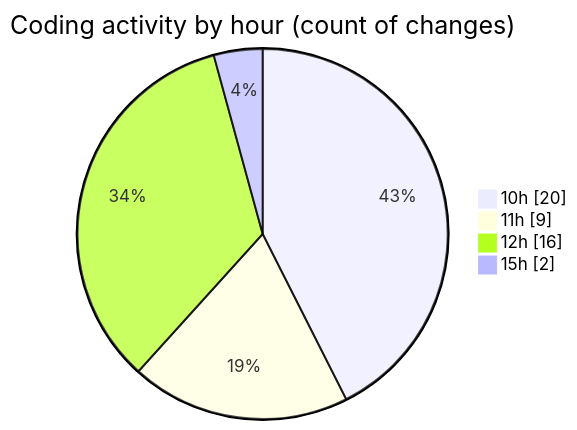
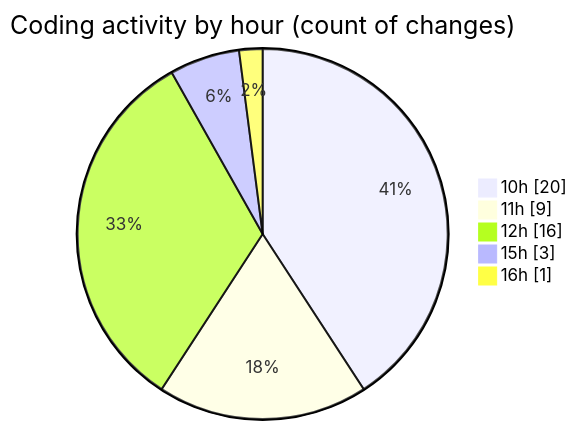
The second of 2 diagrams in 2026-02-20/nxtqube_webapp/README.md (nxtqubesakshisongat/code-tracking), drawn with Mermaid before and after one commit. The commit also changed other lines of this file and 1 other file, not shown here.

````diff
--- a/2026-02-20/nxtqube_webapp/README.md
+++ b/2026-02-20/nxtqube_webapp/README.md
@@ -40,8 +40,9 @@
 ```mermaid
 pie showData
 title Coding activity by hour (count of changes)
 "10h" : 20
 "11h" : 9
 "12h" : 16
-"15h" : 2
+"15h" : 3
+"16h" : 1
 ```
````
